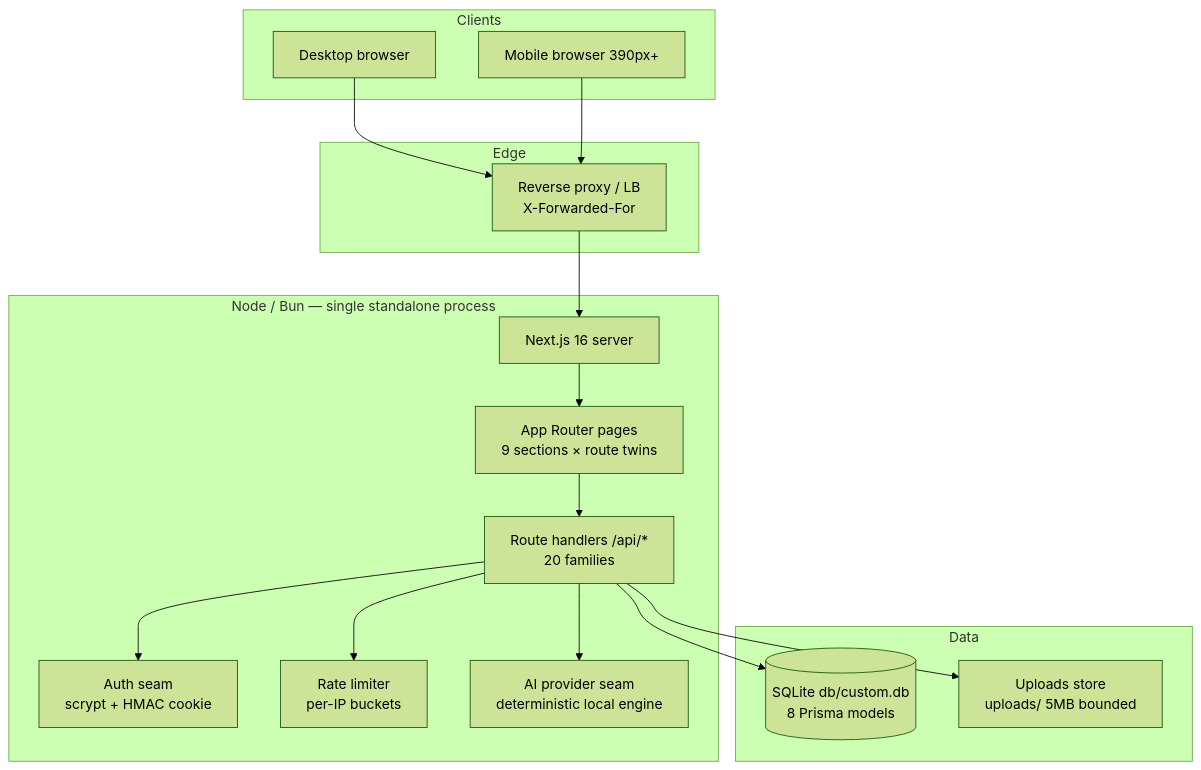
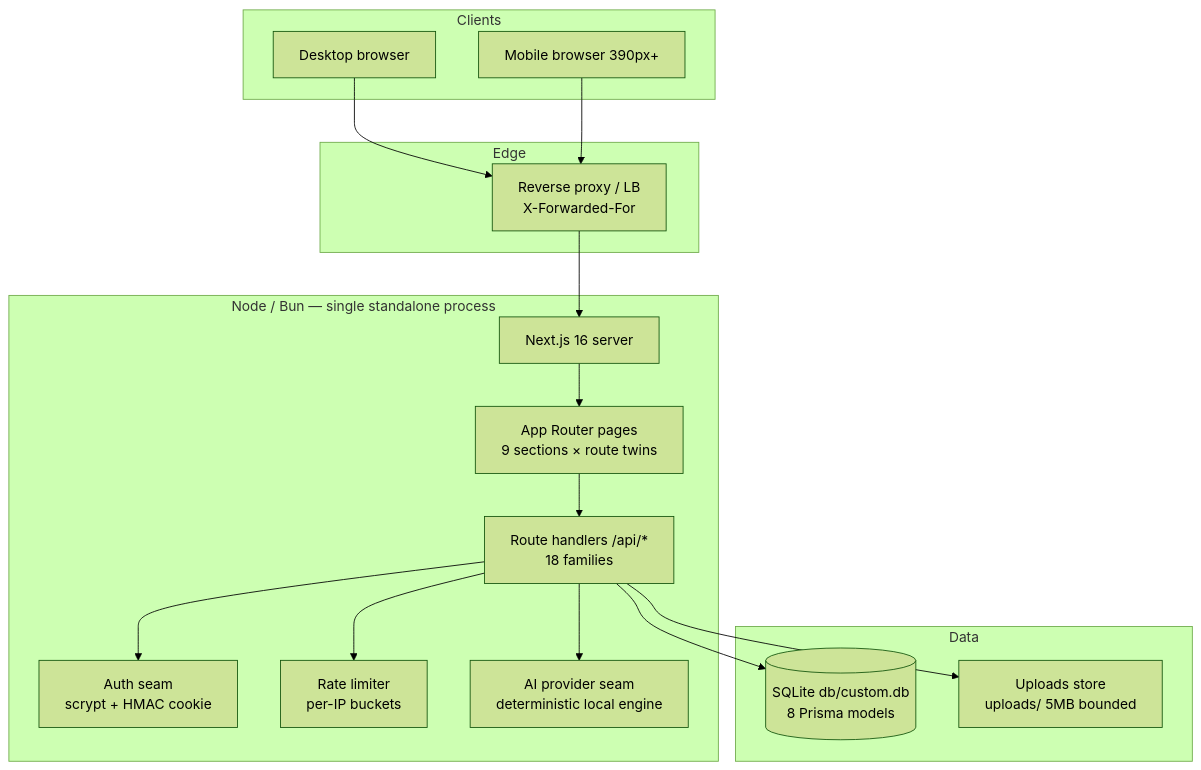
One commit to nordeim/wealth-os changed the first of 2 diagrams in Project_Architecture_Document.md. Above: the diagram before and after it, drawn with Mermaid (forest theme). The commit also changed other lines of this file and 24 other files, not shown here.

````diff
--- a/Project_Architecture_Document.md
+++ b/Project_Architecture_Document.md
@@ -3309,31 +3365,31 @@
 ```mermaid
 flowchart TB
   subgraph Clients
     D[Desktop browser]
     M[Mobile browser 390px+]
   end
   subgraph Edge
     LB[Reverse proxy / LB<br/>X-Forwarded-For]
   end
   subgraph Server["Node / Bun — single standalone process"]
     NEXT[Next.js 16 server]
     PAGES[App Router pages<br/>9 sections × route twins]
-    API[Route handlers /api/*<br/>20 families]
+    API[Route handlers /api/*<br/>18 families]
     AUTH[Auth seam<br/>scrypt + HMAC cookie]
     RL[Rate limiter<br/>per-IP buckets]
     AISEAM[AI provider seam<br/>deterministic local engine]
   end
   subgraph Data
     DB[(SQLite db/custom.db<br/>8 Prisma models)]
     FS[Uploads store<br/>uploads/ 5MB bounded]
   end
   D --> LB --> NEXT
   M --> LB
   NEXT --> PAGES
   PAGES --> API
   API --> AUTH
   API --> RL
   API --> AISEAM
   API --> DB
   API --> FS
 ```
````
